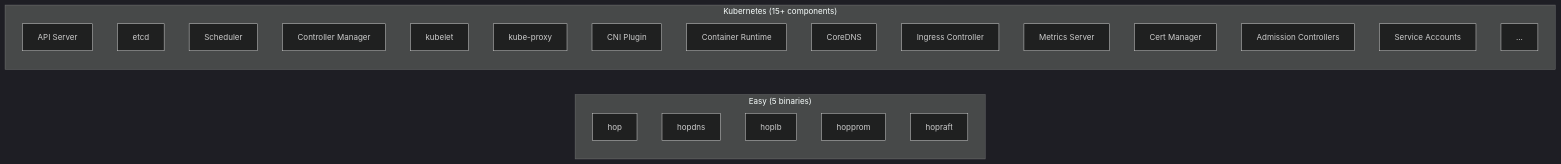
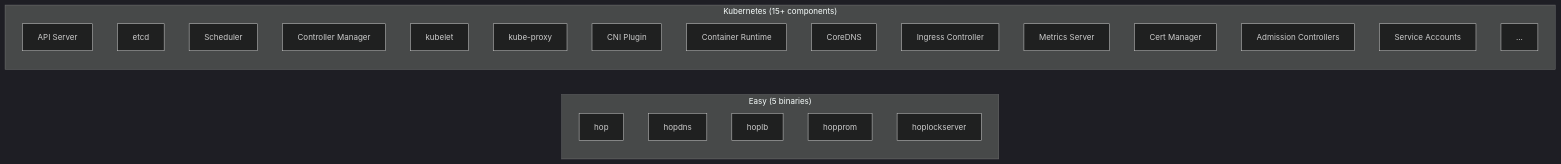
The ninth of 11 diagrams in SECURITY.md (xinix00/easyrun), drawn with Mermaid (dark theme) before and after one commit. The commit also changed other lines of this file and 3 other files, not shown here.

````diff
--- a/SECURITY.md
+++ b/SECURITY.md
@@ -248,28 +248,28 @@
 ```mermaid
 graph LR
     subgraph Hop["Easy (5 binaries)"]
         ER[hop]
         ED[hopdns]
         EL[hoplb]
         EP[hopprom]
-        RF[hopraft]
+        LS[hoplockserver]
     end
 
     subgraph K8s["Kubernetes (15+ components)"]
         API[API Server]
         ETCD[etcd]
         SCHED[Scheduler]
         CM[Controller Manager]
         KUB[kubelet]
         KP[kube-proxy]
         CNI[CNI Plugin]
         CRI[Container Runtime]
         DNS[CoreDNS]
         ING[Ingress Controller]
         MS[Metrics Server]
         CERT[Cert Manager]
         ADM[Admission Controllers]
         SA[Service Accounts]
         dots[...]
     end
 ```
````
